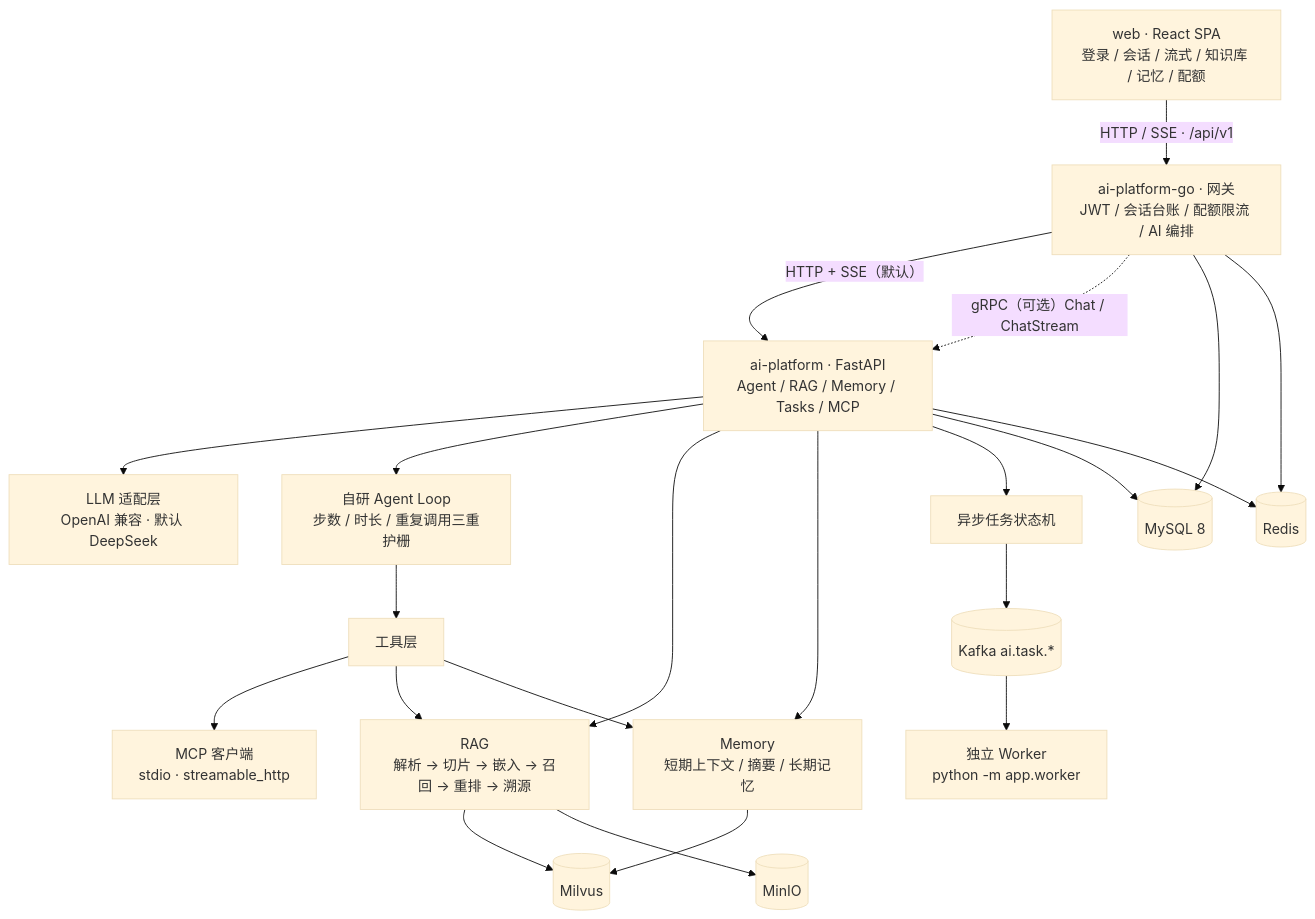
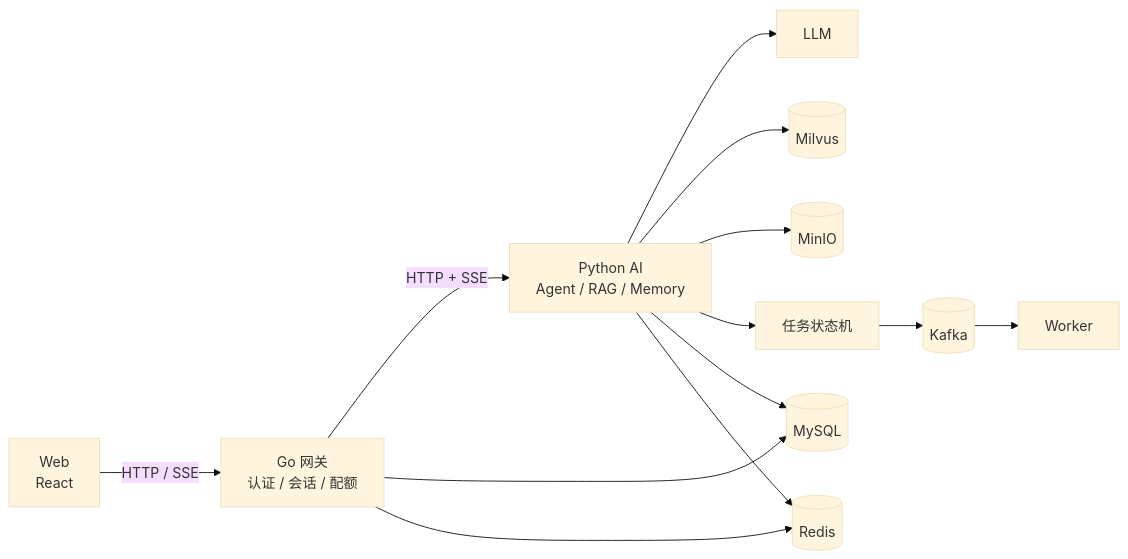
Before and after one commit to YunfeiSHU/ai-assistant: the diagram in README.md, drawn with Mermaid (base theme). The commit also changed other lines of this file, not shown here.

Commit message:
docs: refocus README on project architecture and modules

````diff
--- a/README.md
+++ b/README.md
@@ -93,29 +168,15 @@
 ```mermaid
-flowchart TB
-    WEB["web · React SPA<br/>登录 / 会话 / 流式 / 知识库 / 记忆 / 配额"] -->|"HTTP / SSE · /api/v1"| GW["ai-platform-go · 网关<br/>JWT / 会话台账 / 配额限流 / AI 编排"]
-    GW -->|"HTTP + SSE（默认）"| AI["ai-platform · FastAPI<br/>Agent / RAG / Memory / Tasks / MCP"]
-    GW -.->|"gRPC（可选）Chat / ChatStream"| AI
-
-    AI --> LLM["LLM 适配层<br/>OpenAI 兼容 · 默认 DeepSeek"]
-    AI --> AGENT["自研 Agent Loop<br/>步数 / 时长 / 重复调用三重护栅"]
-    AI --> RAG["RAG<br/>解析 → 切片 → 嵌入 → 召回 → 重排 → 溯源"]
-    AI --> MEM["Memory<br/>短期上下文 / 摘要 / 长期记忆"]
-
-    AGENT --> TOOLS["工具层"]
-    TOOLS --> MCP["MCP 客户端<br/>stdio · streamable_http"]
-    TOOLS --> RAG
-    TOOLS --> MEM
-
-    AI --> TASK["异步任务状态机"]
-    TASK --> KAFKA[("Kafka ai.task.*")]
-    KAFKA --> WORKER["独立 Worker<br/>python -m app.worker"]
-
-    AI --> MYSQL[("MySQL 8")]
-    AI --> REDIS[("Redis")]
-    RAG --> MILVUS[("Milvus")]
-    RAG --> MINIO[("MinIO")]
-    MEM --> MILVUS
-
-    GW --> MYSQL
-    GW --> REDIS
+flowchart LR
+    W["Web<br/>React"] -->|"HTTP / SSE"| G["Go 网关<br/>认证 / 会话 / 配额"]
+    G -->|"HTTP + SSE"| A["Python AI<br/>Agent / RAG / Memory"]
+    A --> L["LLM"]
+    A --> V[("Milvus")]
+    A --> O[("MinIO")]
+    A --> T["任务状态机"]
+    T --> K[("Kafka")]
+    K --> WK["Worker"]
+    G --> M[("MySQL")]
+    G --> R[("Redis")]
+    A --> M
+    A --> R
 ```
````
